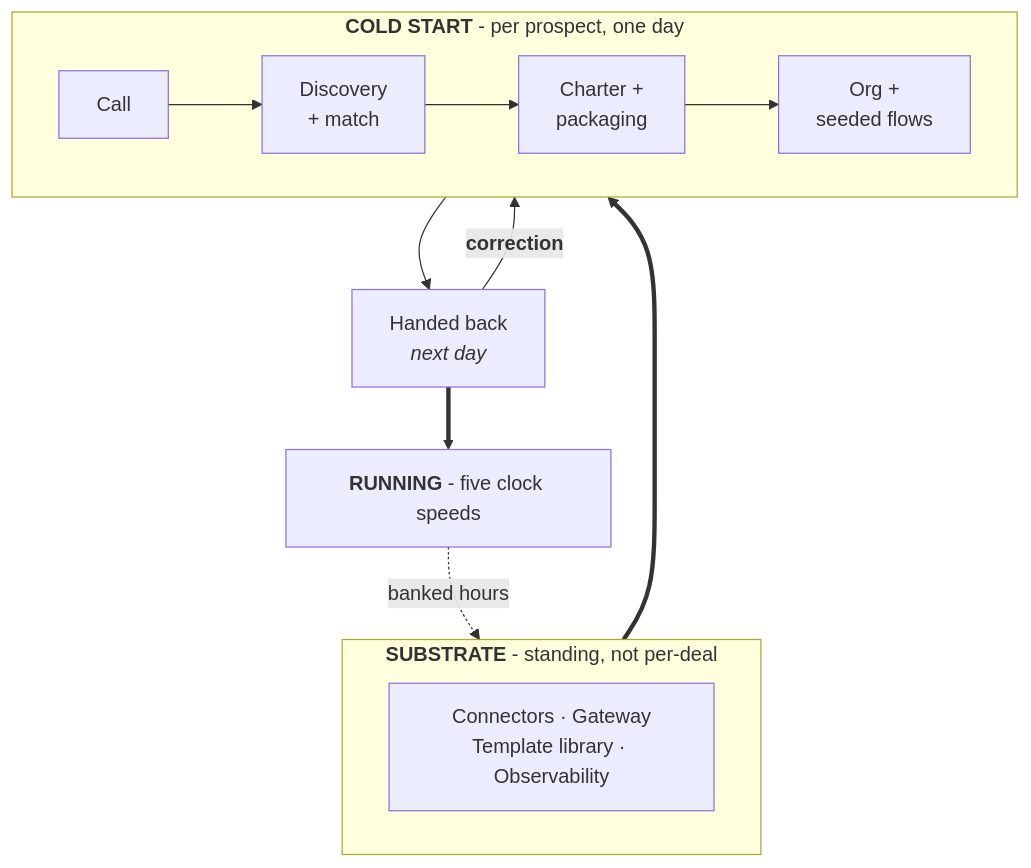
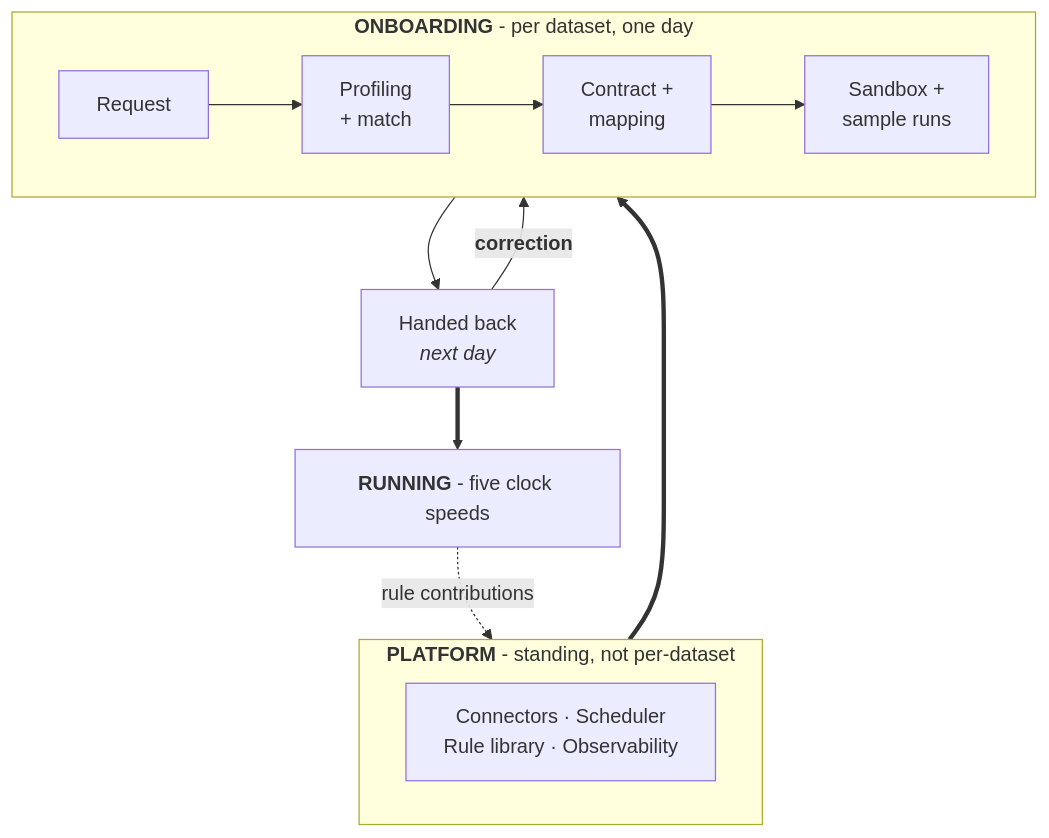
One commit to harlanlewis/birta-writer changed the fourth of 5 diagrams in webview/__tests__/fixtures/mixed-real-document.md. Above: the diagram before and after it, drawn with Mermaid. The commit also changed other lines of this file and 1 other file, not shown here.

````diff
--- a/webview/__tests__/fixtures/mixed-real-document.md
+++ b/webview/__tests__/fixtures/mixed-real-document.md
@@ -85,17 +85,17 @@
 ```mermaid
 flowchart TB
-    subgraph SUB["<b>SUBSTRATE</b> - standing, not per-deal"]
-        S["Connectors · Gateway<br/>Template library · Observability"]
+    subgraph BASE["<b>PLATFORM</b> - standing, not per-dataset"]
+        S["Connectors · Scheduler<br/>Rule library · Observability"]
     end
 
-    subgraph COLD["<b>COLD START</b> - per prospect, one day"]
+    subgraph ONB["<b>ONBOARDING</b> - per dataset, one day"]
         direction LR
-        C1["Call"] --> C2["Discovery<br/>+ match"] --> C3["Charter +<br/>packaging"] --> C4["Org +<br/>seeded flows"]
+        C1["Request"] --> C2["Profiling<br/>+ match"] --> C3["Contract +<br/>mapping"] --> C4["Sandbox +<br/>sample runs"]
     end
 
-    SUB ==> COLD
+    BASE ==> ONB
     C4 --> HAND["Handed back<br/><i>next day</i>"]
     HAND -->|"<b>correction</b>"| C2
     HAND ==> RUN["<b>RUNNING</b> - five clock speeds"]
-    RUN -.->|"banked hours"| SUB
+    RUN -.->|"rule contributions"| BASE
 ```
````
